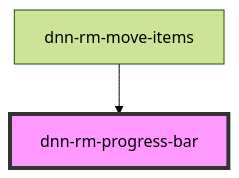
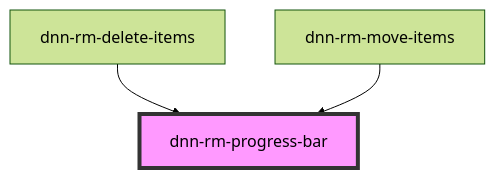
One commit to dnnsoftware/Dnn.Platform changed the diagram in DNN Platform/Modules/ResourceManager/ResourceManager.Web/src/components/dnn-rm-progress-bar/readme.md. Above: the diagram before and after it, drawn with Mermaid (forest theme). The commit also changed other lines of this file and 23 other files, not shown here.

````diff
--- a/DNN Platform/Modules/ResourceManager/ResourceManager.Web/src/components/dnn-rm-progress-bar/readme.md
+++ b/DNN Platform/Modules/ResourceManager/ResourceManager.Web/src/components/dnn-rm-progress-bar/readme.md
@@ -32,5 +33,6 @@
 ```mermaid
 graph TD;
+  dnn-rm-delete-items --> dnn-rm-progress-bar
   dnn-rm-move-items --> dnn-rm-progress-bar
   style dnn-rm-progress-bar fill:#f9f,stroke:#333,stroke-width:4px
 ```
````
